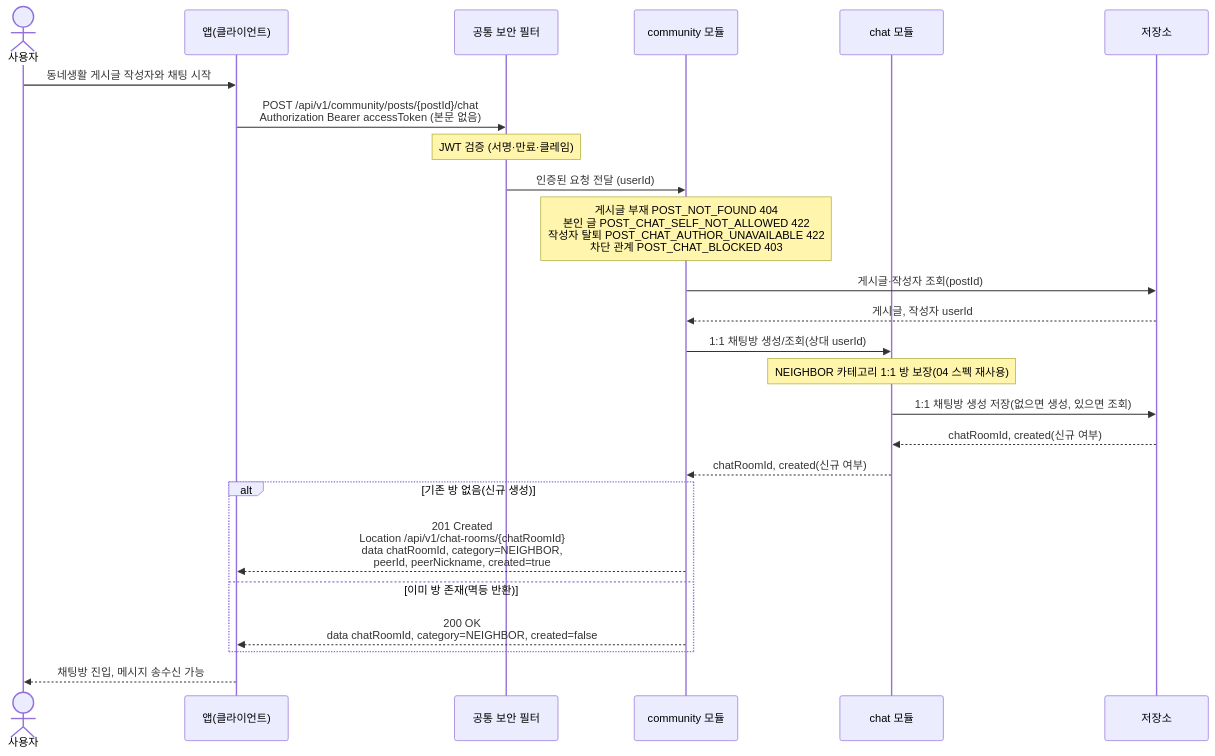
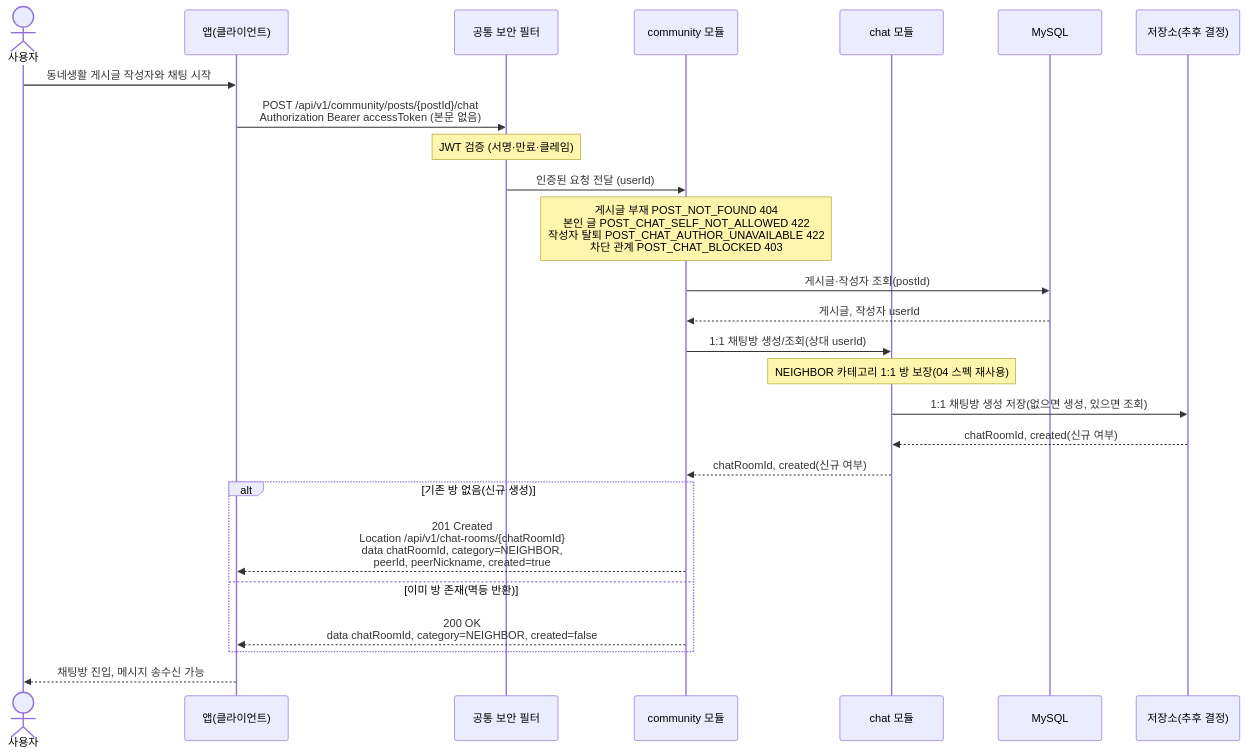
One commit to jameskim9509/Kohere-backend changed the diagram in docs/architecture/sequence-diagrams/05-community/us-5-5-neighbor-chat-start.md. Above: the diagram before and after it, drawn with Mermaid. The commit also changed other lines of this file and 28 other files, not shown here.

First line of the commit message:
docs(architecture): 시퀀스 다이어그램에 폴리글랏 저장소 반영 (#24)

````diff
--- a/docs/architecture/sequence-diagrams/05-community/us-5-5-neighbor-chat-start.md
+++ b/docs/architecture/sequence-diagrams/05-community/us-5-5-neighbor-chat-start.md
@@ -5,29 +5,30 @@
 ```mermaid
 sequenceDiagram
     actor U as 사용자
     participant C as 앱(클라이언트)
     participant SEC as 공통 보안 필터
     participant COMM as community 모듈
     participant CHAT as chat 모듈
-    participant DB as 저장소
+    participant SQL as MySQL
+    participant XDB as 저장소(추후 결정)
 
     U->>C: 동네생활 게시글 작성자와 채팅 시작
     C->>SEC: POST /api/v1/community/posts/{postId}/chat<br/>Authorization Bearer accessToken (본문 없음)
     Note over SEC: JWT 검증 (서명·만료·클레임)
     SEC->>COMM: 인증된 요청 전달 (userId)
     Note over COMM: 게시글 부재 POST_NOT_FOUND 404<br/>본인 글 POST_CHAT_SELF_NOT_ALLOWED 422<br/>작성자 탈퇴 POST_CHAT_AUTHOR_UNAVAILABLE 422<br/>차단 관계 POST_CHAT_BLOCKED 403
-    COMM->>DB: 게시글·작성자 조회(postId)
-    DB-->>COMM: 게시글, 작성자 userId
+    COMM->>SQL: 게시글·작성자 조회(postId)
+    SQL-->>COMM: 게시글, 작성자 userId
     COMM->>CHAT: 1:1 채팅방 생성/조회(상대 userId)
     Note over CHAT: NEIGHBOR 카테고리 1:1 방 보장(04 스펙 재사용)
-    CHAT->>DB: 1:1 채팅방 생성 저장(없으면 생성, 있으면 조회)
-    DB-->>CHAT: chatRoomId, created(신규 여부)
+    CHAT->>XDB: 1:1 채팅방 생성 저장(없으면 생성, 있으면 조회)
+    XDB-->>CHAT: chatRoomId, created(신규 여부)
     CHAT-->>COMM: chatRoomId, created(신규 여부)
 
     alt 기존 방 없음(신규 생성)
         COMM-->>C: 201 Created<br/>Location /api/v1/chat-rooms/{chatRoomId}<br/>data chatRoomId, category=NEIGHBOR,<br/>peerId, peerNickname, created=true
     else 이미 방 존재(멱등 반환)
         COMM-->>C: 200 OK<br/>data chatRoomId, category=NEIGHBOR, created=false
     end
     C-->>U: 채팅방 진입, 메시지 송수신 가능
 ```
````
